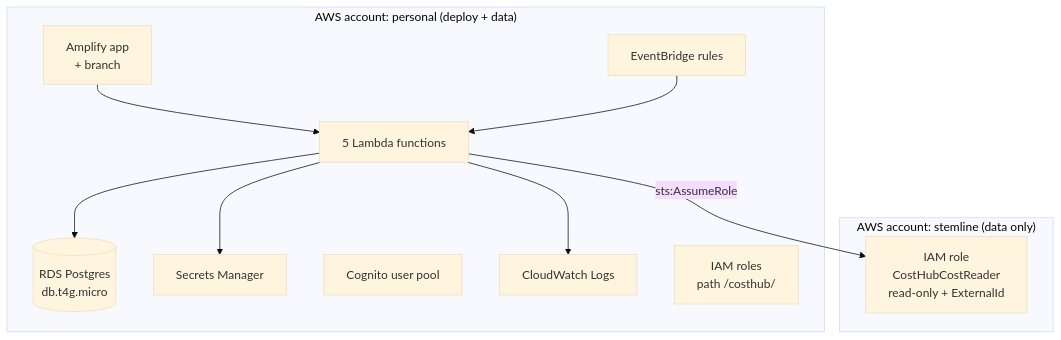
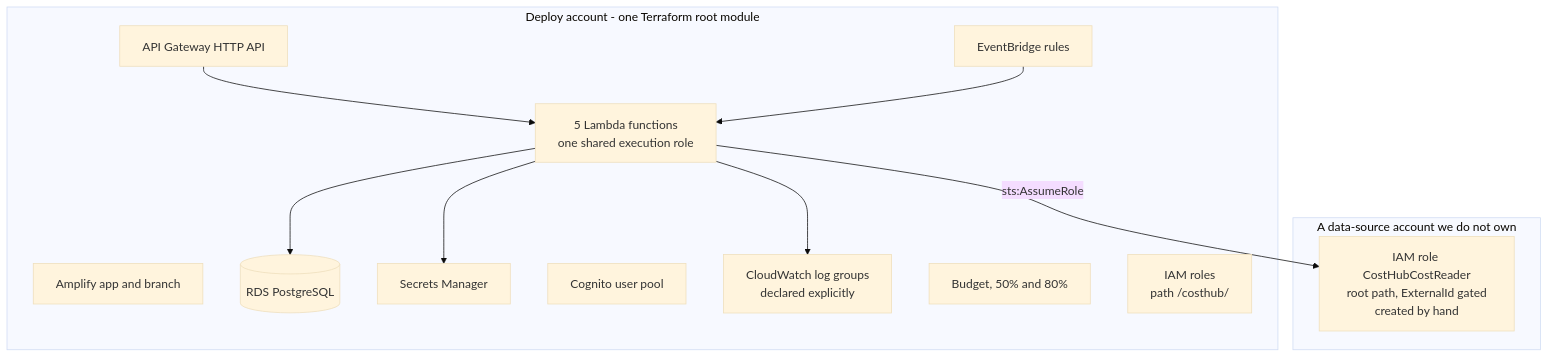
The fourth of 4 diagrams in docs/02-architecture.md (Hemanth0411/Cloud_Cost_Intelligence_Hub), drawn with Mermaid (base theme) before and after one commit. The commit also changed other lines of this file and 15 other files, not shown here.

First line of the commit message:
Describe the system that exists, not the one three docs remembered

````diff
--- a/docs/02-architecture.md
+++ b/docs/02-architecture.md
@@ -150,24 +290,26 @@
 ```mermaid
 graph TB
-    subgraph PERSONAL["AWS account: personal (deploy + data)"]
-        AMP["Amplify app<br/>+ branch"]
-        LAM["5 Lambda functions"]
-        RDS[("RDS Postgres<br/>db.t4g.micro")]
+    subgraph DEPLOY["Deploy account - one Terraform root module"]
+        AMP["Amplify app and branch"]
+        AGW["API Gateway HTTP API"]
+        LAM["5 Lambda functions<br/>one shared execution role"]
+        RDS[("RDS PostgreSQL")]
         SM["Secrets Manager"]
         COG["Cognito user pool"]
         EB["EventBridge rules"]
-        CWL["CloudWatch Logs"]
+        CWL["CloudWatch log groups<br/>declared explicitly"]
+        BUD["Budget, 50% and 80%"]
         ROLE["IAM roles<br/>path /costhub/"]
     end
 
-    subgraph STEMLINE["AWS account: stemline (data only)"]
-        CRR["IAM role<br/>CostHubCostReader<br/>read-only + ExternalId"]
+    subgraph OTHER["A data-source account we do not own"]
+        CRR["IAM role CostHubCostReader<br/>root path, ExternalId gated<br/>created by hand"]
     end
 
-    LAM -->|sts:AssumeRole| CRR
+    AGW --> LAM
+    EB --> LAM
+    LAM -->|"sts:AssumeRole"| CRR
     LAM --> RDS
     LAM --> SM
-    AMP --> LAM
-    EB --> LAM
     LAM --> CWL
 ```
````
